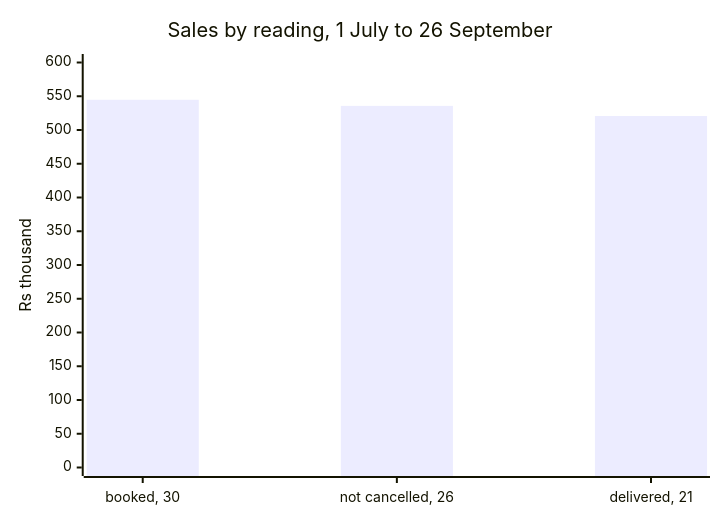
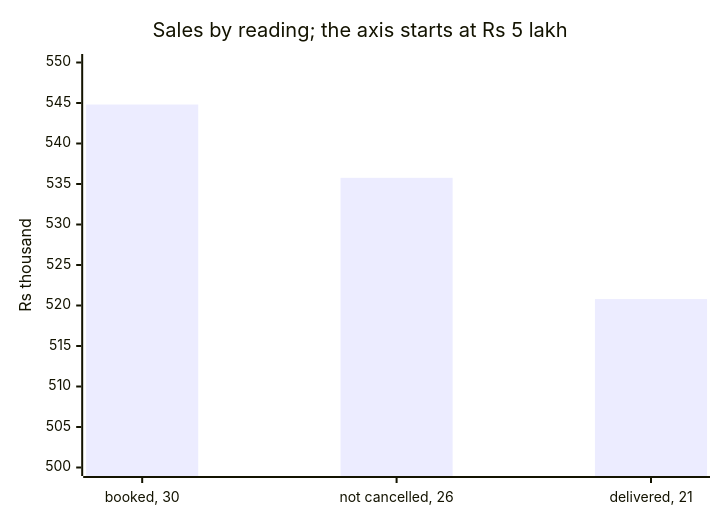
One commit to fde-academy-lab/c2-content-factory changed the ninth of 18 diagrams in content/W01/D1/slides/C2_W01_D01_half1_STUDENT.md. Above: the diagram before and after it, drawn with Mermaid. The commit also changed other lines of this file and 6 other files, not shown here.

First line of the commit message:
W01 D1 pedagogy fourth run: S13 asks a count with an unforced key, the fifth reading named, S14 axis shows the gaps, notes and day sheet aligned with the talk track

````diff
--- a/content/W01/D1/slides/C2_W01_D01_half1_STUDENT.md
+++ b/content/W01/D1/slides/C2_W01_D01_half1_STUDENT.md
@@ -407,7 +406,7 @@
 ```mermaid
 xychart-beta
-    title "Sales by reading, 1 July to 26 September"
+    title "Sales by reading; the axis starts at Rs 5 lakh"
     x-axis ["booked, 30", "not cancelled, 26", "delivered, 21"]
-    y-axis "Rs thousand" 0 --> 600
+    y-axis "Rs thousand" 500 --> 550
     bar [544.81, 535.76, 520.79]
 ```
````
